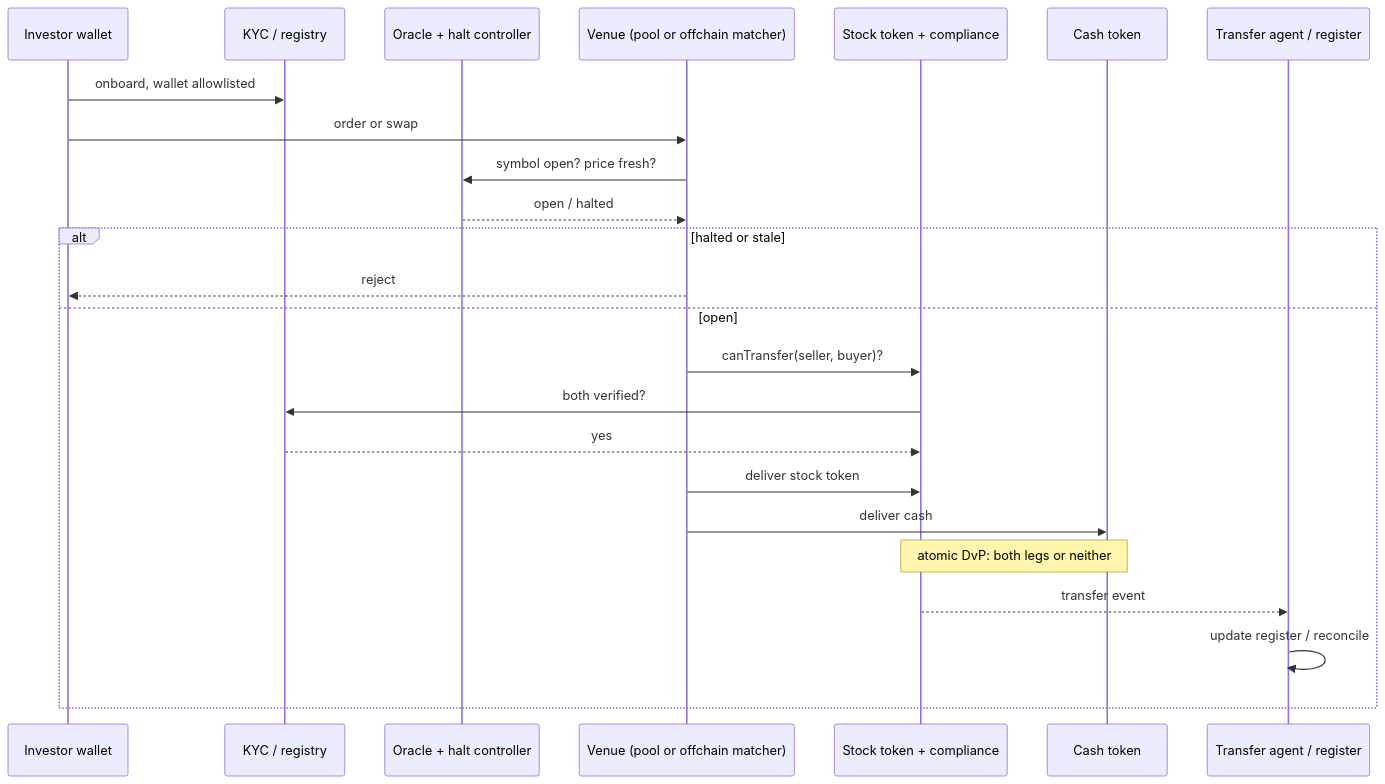
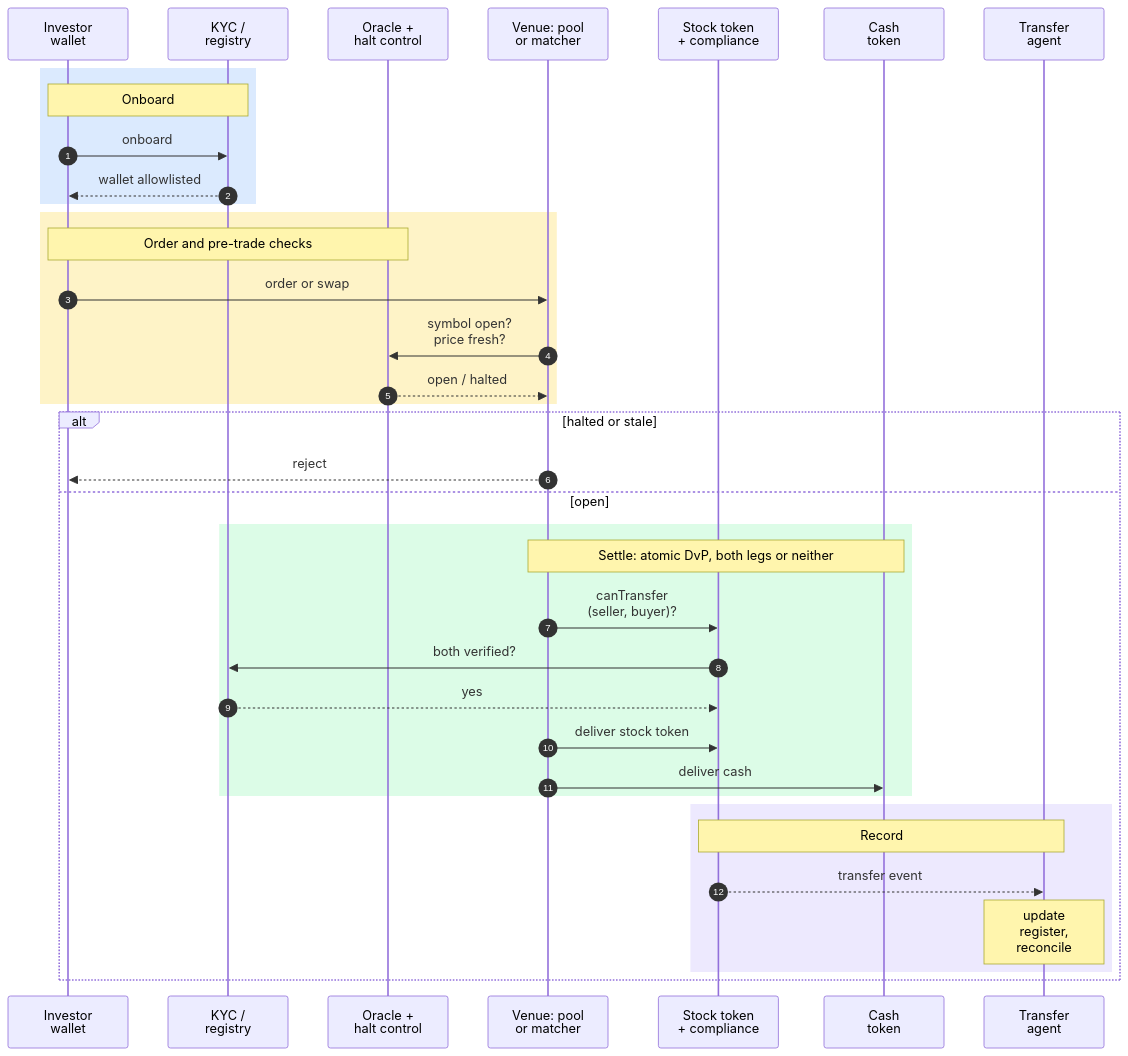
Before and after one commit to edyavno/edstokenizedsecuritiesrails: the second of 2 diagrams in content/build/trading-reference-architecture.md, drawn with Mermaid. The commit also changed other lines of this file and 1 other file, not shown here.

Commit message:
Publish color-coded trading architecture diagrams

````diff
--- a/content/build/trading-reference-architecture.md
+++ b/content/build/trading-reference-architecture.md
@@ -58,26 +71,39 @@
 ```mermaid
 sequenceDiagram
-    participant I as Investor wallet
-    participant K as KYC / registry
-    participant O as Oracle + halt controller
-    participant V as Venue (pool or offchain matcher)
-    participant T as Stock token + compliance
-    participant C as Cash token
-    participant R as Transfer agent / register
-    I->>K: onboard, wallet allowlisted
+    autonumber
+    participant I as Investor<br/>wallet
+    participant K as KYC /<br/>registry
+    participant O as Oracle +<br/>halt control
+    participant V as Venue: pool<br/>or matcher
+    participant T as Stock token<br/>+ compliance
+    participant C as Cash<br/>token
+    participant R as Transfer<br/>agent
+    rect rgb(219, 234, 254)
+    Note over I,K: Onboard
+    I->>K: onboard
+    K-->>I: wallet allowlisted
+    end
+    rect rgb(254, 243, 199)
+    Note over I,O: Order and pre-trade checks
     I->>V: order or swap
-    V->>O: symbol open? price fresh?
+    V->>O: symbol open?<br/>price fresh?
     O-->>V: open / halted
+    end
     alt halted or stale
         V-->>I: reject
     else open
-        V->>T: canTransfer(seller, buyer)?
+        rect rgb(220, 252, 231)
+        Note over V,C: Settle: atomic DvP, both legs or neither
+        V->>T: canTransfer<br/>(seller, buyer)?
         T->>K: both verified?
         K-->>T: yes
         V->>T: deliver stock token
         V->>C: deliver cash
-        Note over T,C: atomic DvP: both legs or neither
+        end
+        rect rgb(237, 233, 254)
+        Note over T,R: Record
         T-->>R: transfer event
-        R->>R: update register / reconcile
+        Note over R: update<br/>register,<br/>reconcile
+        end
     end
 ```
````
